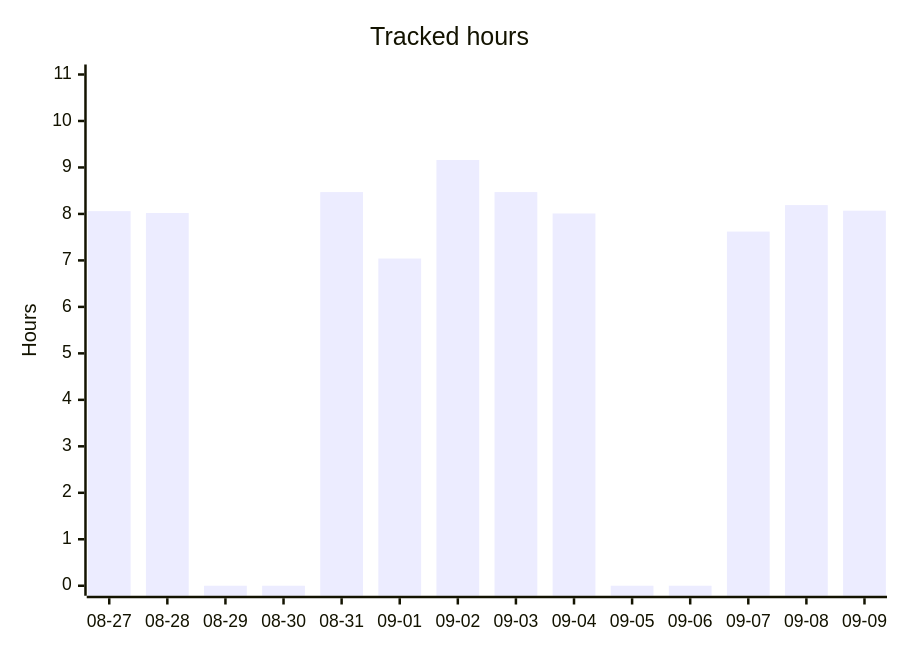
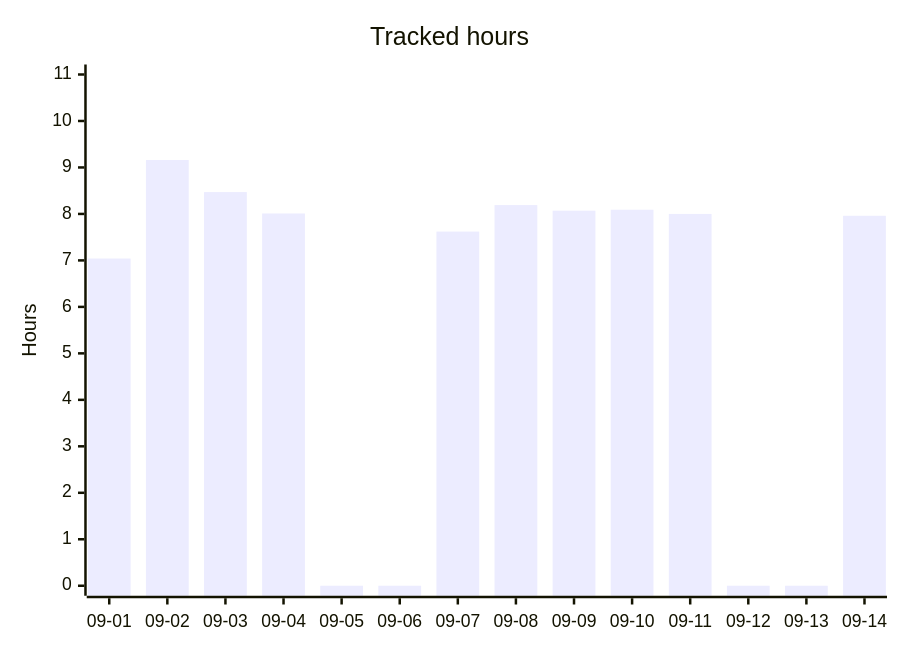
The second of 5 diagrams in README.org (albinforsberg-netizen/timeclock), drawn with Mermaid before and after one commit. The commit also changed other lines of this file, not shown here.

```diff
--- a/README.org
+++ b/README.org
@@ -95,7 +95,7 @@
 #+begin_src mermaid
 xychart-beta
     title "Tracked hours"
-    x-axis ["08-27", "08-28", "08-29", "08-30", "08-31", "09-01", "09-02", "09-03", "09-04", "09-05", "09-06", "09-07", "09-08", "09-09"]
+    x-axis ["09-01", "09-02", "09-03", "09-04", "09-05", "09-06", "09-07", "09-08", "09-09", "09-10", "09-11", "09-12", "09-13", "09-14"]
     y-axis "Hours" 0 --> 11
-    bar [8.06, 8.02, 0.00, 0.00, 8.47, 7.04, 9.16, 8.47, 8.01, 0.00, 0.00, 7.62, 8.19, 8.07]
+    bar [7.04, 9.16, 8.47, 8.01, 0.00, 0.00, 7.62, 8.19, 8.07, 8.09, 8.00, 0.00, 0.00, 7.96]
 #+end_src
```
